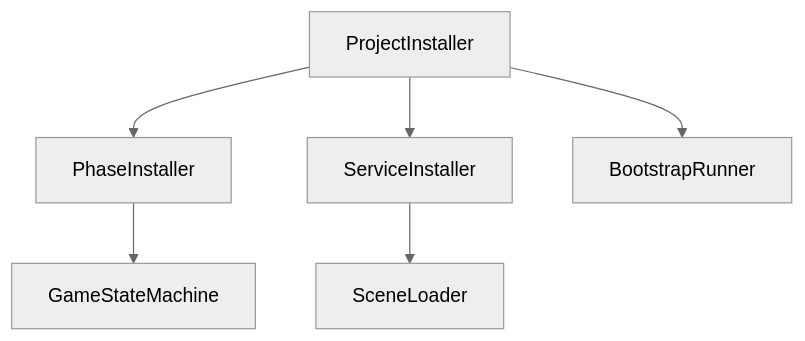
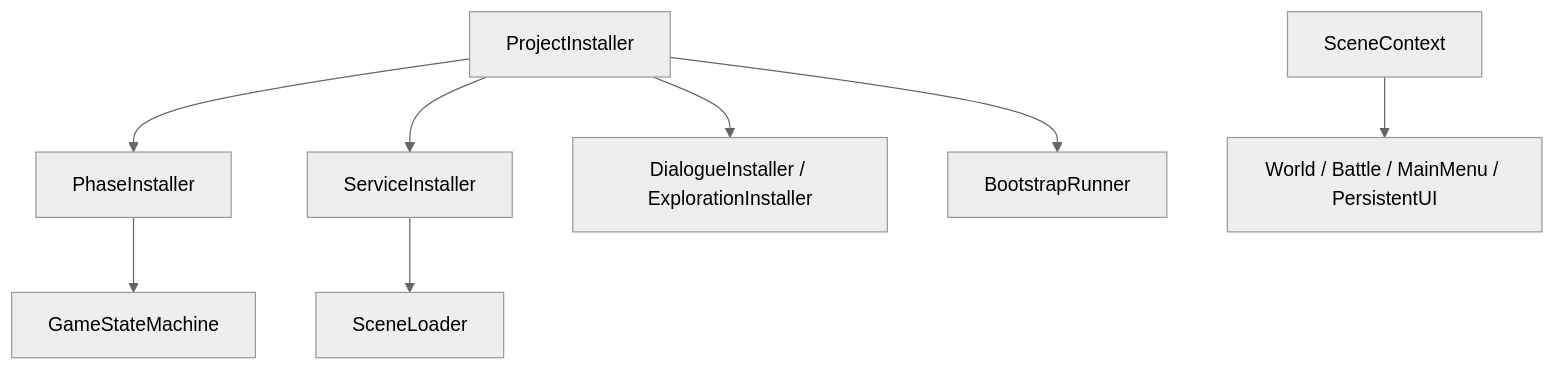
The fourth of 4 diagrams in Docs/Eng/ArchitectureAtlas/06_DependencyInjection.md (chainsawlad-Org/ChainSaw_Leg), drawn with Mermaid (neutral theme) before and after one commit. The commit also changed other lines of this file and 29 other files, not shown here.

````diff
--- a/Docs/Eng/ArchitectureAtlas/06_DependencyInjection.md
+++ b/Docs/Eng/ArchitectureAtlas/06_DependencyInjection.md
@@ -361,25 +363,35 @@
 ```mermaid
 flowchart TD
 
 ProjectInstaller
 
 PhaseInstaller
 
 ServiceInstaller
+
+FeatureInstallers["DialogueInstaller / ExplorationInstaller"]
+
+SceneContext
+
+SceneInstallers["World / Battle / MainMenu / PersistentUI"]
 
 GameStateMachine
 
 SceneLoader
 
 BootstrapRunner
 
 ProjectInstaller --> PhaseInstaller
 
 ProjectInstaller --> ServiceInstaller
 
+ProjectInstaller --> FeatureInstallers
+
 PhaseInstaller --> GameStateMachine
 
 ServiceInstaller --> SceneLoader
 
 ProjectInstaller --> BootstrapRunner
+
+SceneContext --> SceneInstallers
 ```
````
